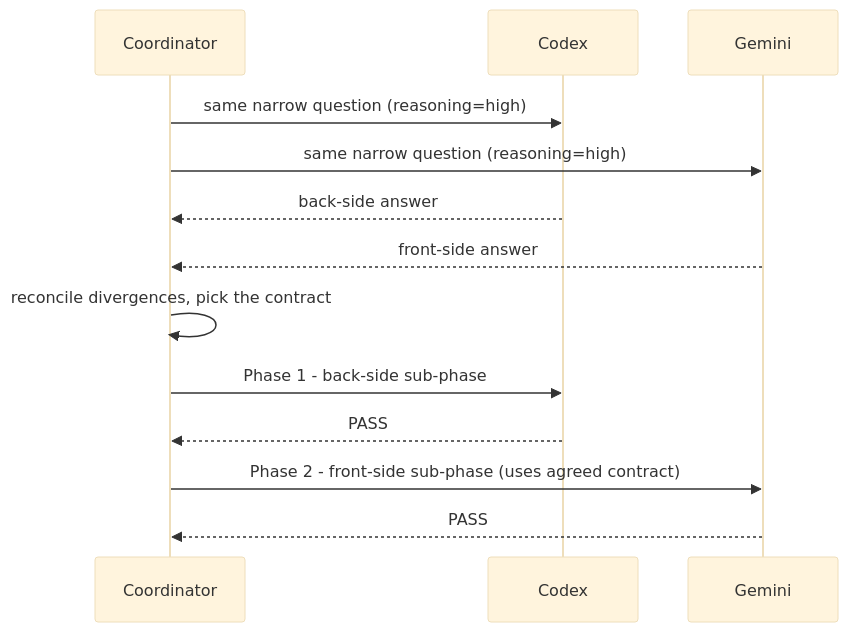
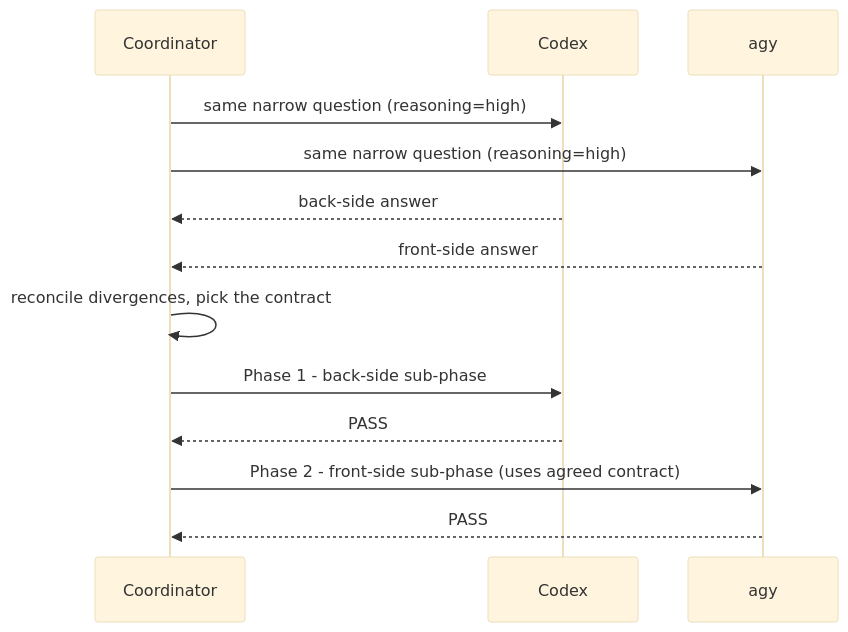
Before and after one commit to sitien173/refract: the fifth of 6 diagrams in plugin/README.md, drawn with Mermaid (base theme). The commit also changed other lines of this file and 26 other files, not shown here.

````diff
--- a/plugin/README.md
+++ b/plugin/README.md
@@ -314,15 +307,15 @@
 ```mermaid
 sequenceDiagram
     participant C as Coordinator
     participant X as Codex
-    participant G as Gemini
+    participant G as agy
     C->>X: same narrow question (reasoning=high)
     C->>G: same narrow question (reasoning=high)
     X-->>C: back-side answer
     G-->>C: front-side answer
     C->>C: reconcile divergences, pick the contract
     C->>X: Phase 1 - back-side sub-phase
     X-->>C: PASS
     C->>G: Phase 2 - front-side sub-phase (uses agreed contract)
     G-->>C: PASS
 ```
````
